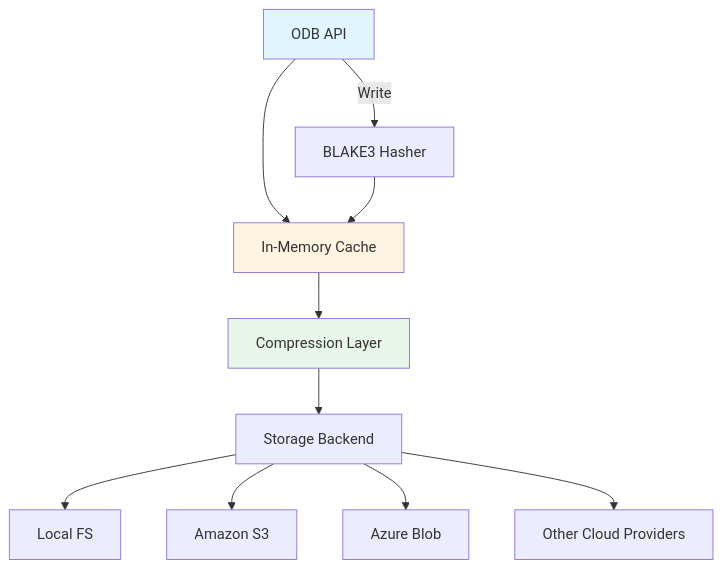
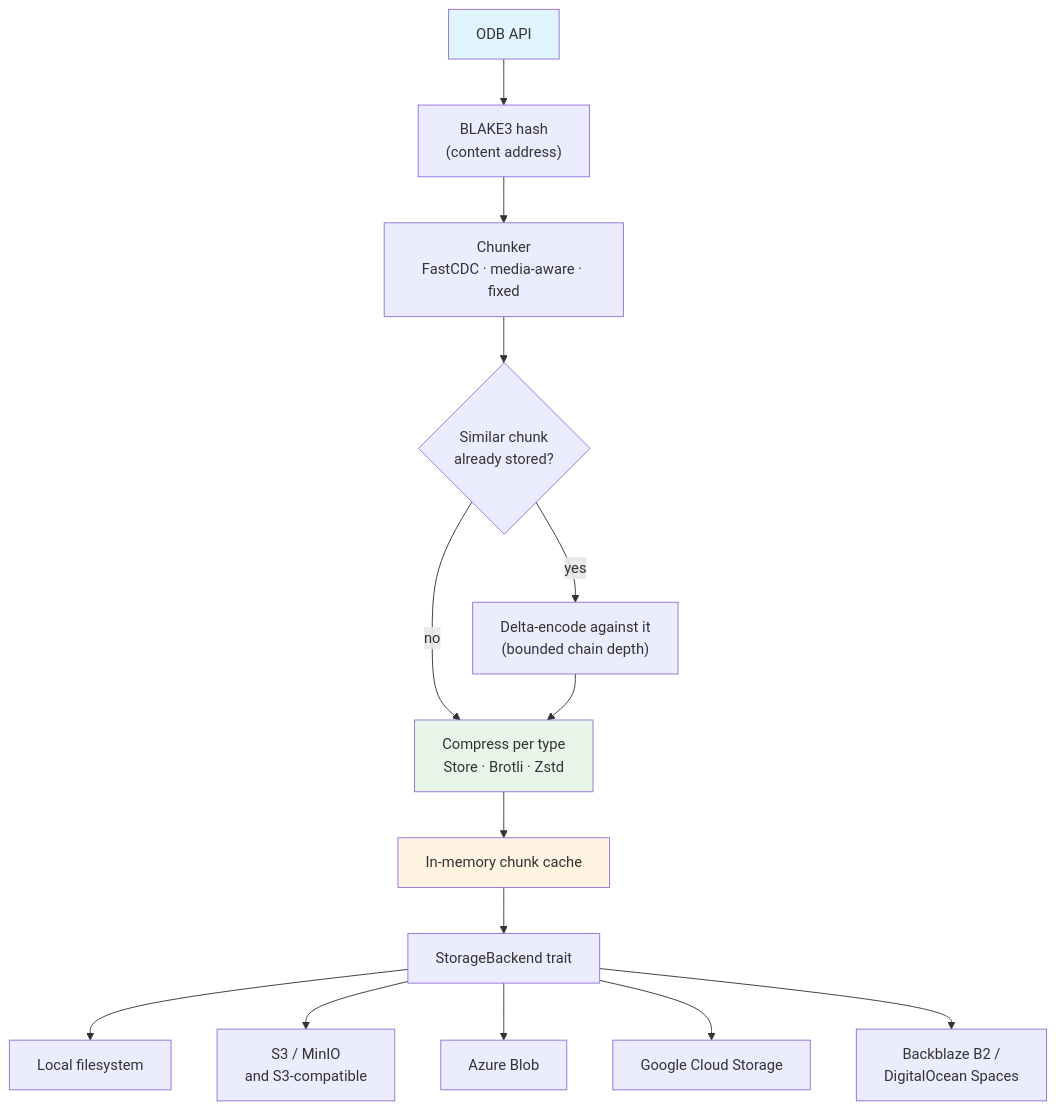
Before and after one commit to winnyboy5/mediagit-core: the first of 2 diagrams in book/src/architecture/odb.md, drawn with Mermaid. The commit also changed other lines of this file and 558 other files, not shown here.

````diff
--- a/book/src/architecture/odb.md
+++ b/book/src/architecture/odb.md
@@ -7,18 +7,21 @@
 ```mermaid
 graph TB
-    API[ODB API] --> Cache[In-Memory Cache]
-    Cache --> Compression[Compression Layer]
-    Compression --> Backend[Storage Backend]
+    API["ODB API"] --> Hash["BLAKE3 hash<br/>(content address)"]
+    Hash --> Chunk["Chunker<br/>FastCDC · media-aware · fixed"]
+    Chunk --> Delta{"Similar chunk<br/>already stored?"}
+    Delta -->|yes| Enc["Delta-encode against it<br/>(bounded chain depth)"]
+    Delta -->|no| Comp
+    Enc --> Comp["Compress per type<br/>Store · Brotli · Zstd"]
+    Comp --> Cache["In-memory chunk cache"]
+    Cache --> Backend["StorageBackend trait"]
 
-    API --> |Write| Hash[BLAKE3 Hasher]
-    Hash --> Cache
-
-    Backend --> Local[Local FS]
-    Backend --> S3[Amazon S3]
-    Backend --> Azure[Azure Blob]
-    Backend --> Cloud[Other Cloud Providers]
+    Backend --> Local["Local filesystem"]
+    Backend --> S3["S3 / MinIO<br/>and S3-compatible"]
+    Backend --> Azure["Azure Blob"]
+    Backend --> GCS["Google Cloud Storage"]
+    Backend --> B2["Backblaze B2 /<br/>DigitalOcean Spaces"]
 
     style API fill:#e1f5ff
     style Cache fill:#fff4e1
-    style Compression fill:#e8f5e9
+    style Comp fill:#e8f5e9
 ```
````
